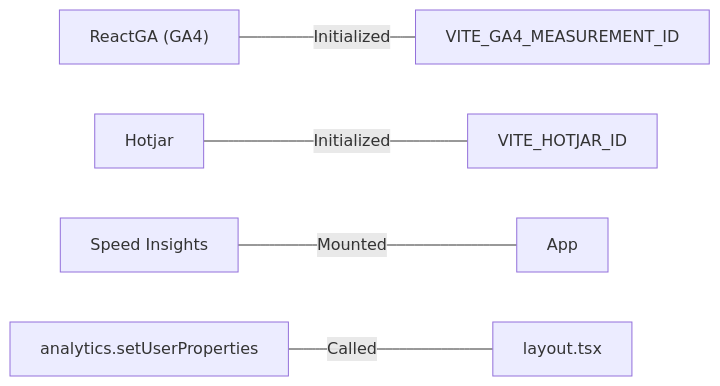
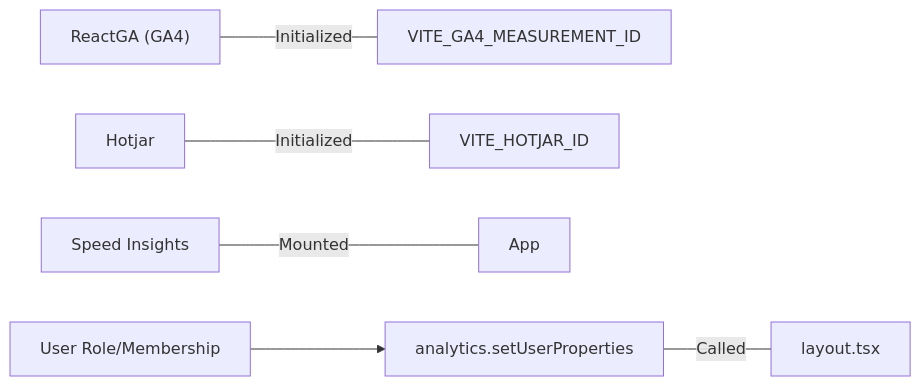
One commit to effinrich/rh-nx-monorepo changed the fifth of 8 diagrams in .qoder/repowiki/en/content/Frontend Applications/Portal Application/Portal Application.md. Above: the diagram before and after it, drawn with Mermaid. The commit also changed other lines of this file and 130 other files, not shown here.

````diff
--- a/.qoder/repowiki/en/content/Frontend Applications/Portal Application/Portal Application.md
+++ b/.qoder/repowiki/en/content/Frontend Applications/Portal Application/Portal Application.md
@@ -227,7 +372,8 @@
 ```mermaid
 graph LR
 GA["ReactGA (GA4)"] ---|Initialized| EnvGA["VITE_GA4_MEASUREMENT_ID"]
 HJ["Hotjar"] ---|Initialized| EnvHJ["VITE_HOTJAR_ID"]
 SI["Speed Insights"] ---|Mounted| App["App"]
 Analytics["analytics.setUserProperties"] ---|Called| Layout["layout.tsx"]
+UserProps["User Role/Membership"] --> Analytics
 ```
````
